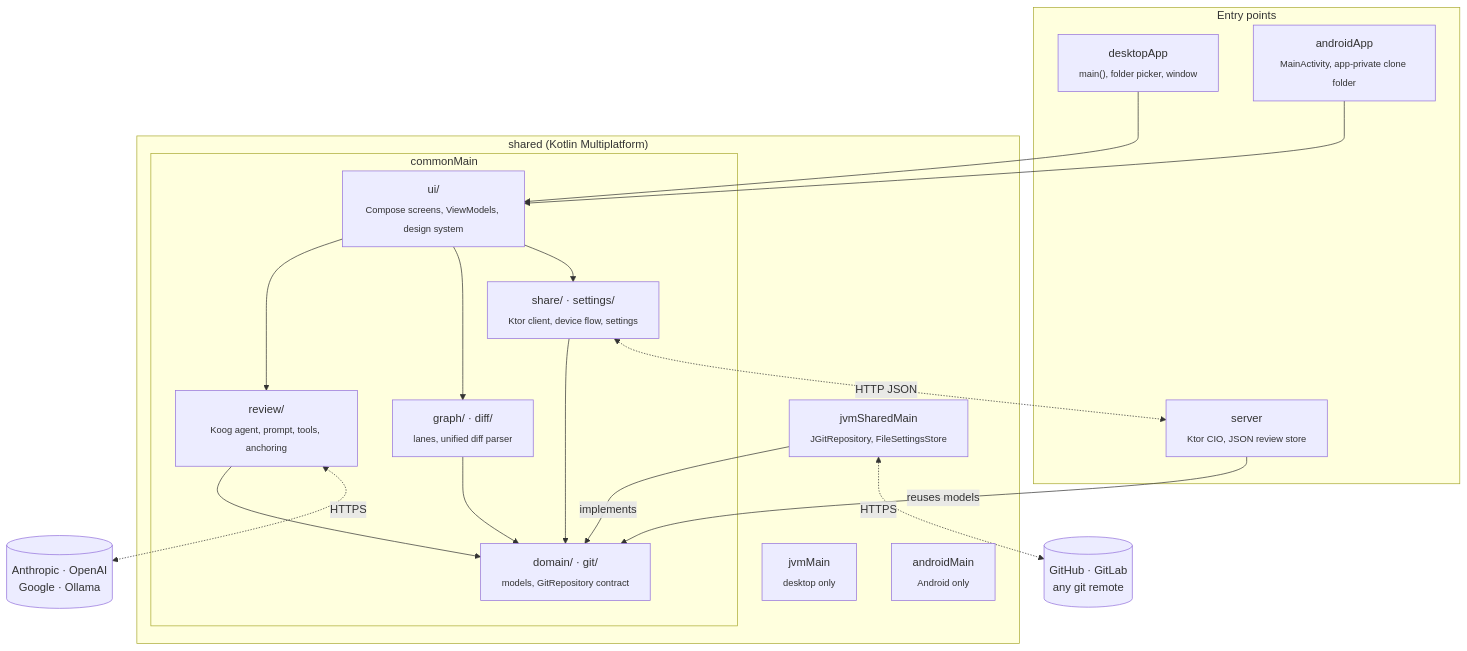
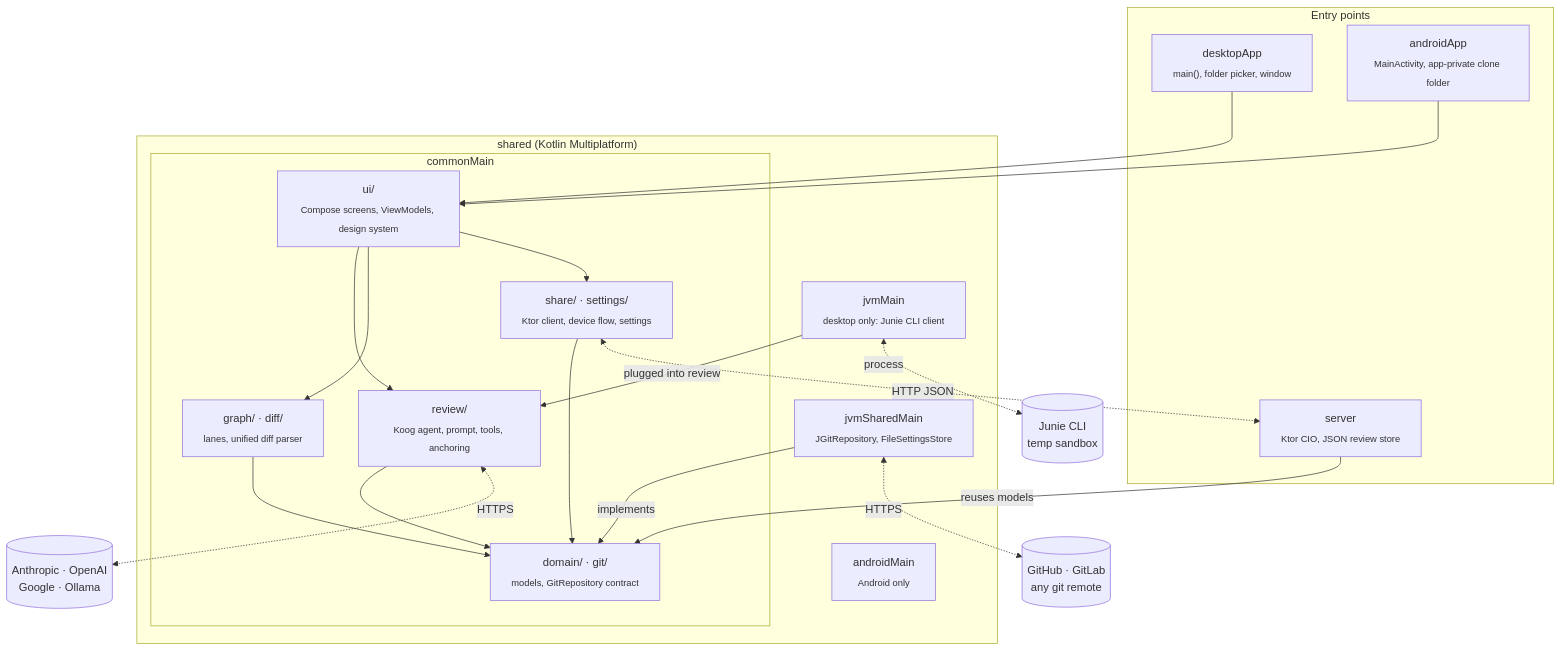
One commit to Nitpick-org/nitpick-core changed the second of 6 diagrams in README.md. Above: the diagram before and after it, drawn with Mermaid. The commit also changed other lines of this file, not shown here.

First line of the commit message:
docs(readme): Junie provider, CI and the numbers after #240-#249

````diff
--- a/README.md
+++ b/README.md
@@ -206,31 +214,33 @@
 ```mermaid
 flowchart TB
     subgraph apps[Entry points]
         DA["desktopApp<br/><sub>main(), folder picker, window</sub>"]
         AA["androidApp<br/><sub>MainActivity, app-private clone folder</sub>"]
         SV["server<br/><sub>Ktor CIO, JSON review store</sub>"]
     end
 
     subgraph shared["shared (Kotlin Multiplatform)"]
         subgraph common[commonMain]
             UI["ui/<br/><sub>Compose screens, ViewModels, design system</sub>"]
             REV["review/<br/><sub>Koog agent, prompt, tools, anchoring</sub>"]
             GR["graph/ · diff/<br/><sub>lanes, unified diff parser</sub>"]
             SH["share/ · settings/<br/><sub>Ktor client, device flow, settings</sub>"]
             DOM["domain/ · git/<br/><sub>models, GitRepository contract</sub>"]
         end
         JS["jvmSharedMain<br/><sub>JGitRepository, FileSettingsStore</sub>"]
-        JM["jvmMain<br/><sub>desktop only</sub>"]
+        JM["jvmMain<br/><sub>desktop only: Junie CLI client</sub>"]
         AM["androidMain<br/><sub>Android only</sub>"]
     end
 
     DA --> UI
     AA --> UI
     UI --> REV & GR & SH
     REV & GR & SH --> DOM
     JS -- implements --> DOM
     SV -- reuses models --> DOM
     SH <-. HTTP JSON .-> SV
     REV <-. HTTPS .-> LLM[("Anthropic · OpenAI<br/>Google · Ollama")]
+    JM -- plugged into review --> REV
+    JM <-. process .-> JUNIE[("Junie CLI<br/>temp sandbox")]
     JS <-. HTTPS .-> FORGE[("GitHub · GitLab<br/>any git remote")]
 ```
````
